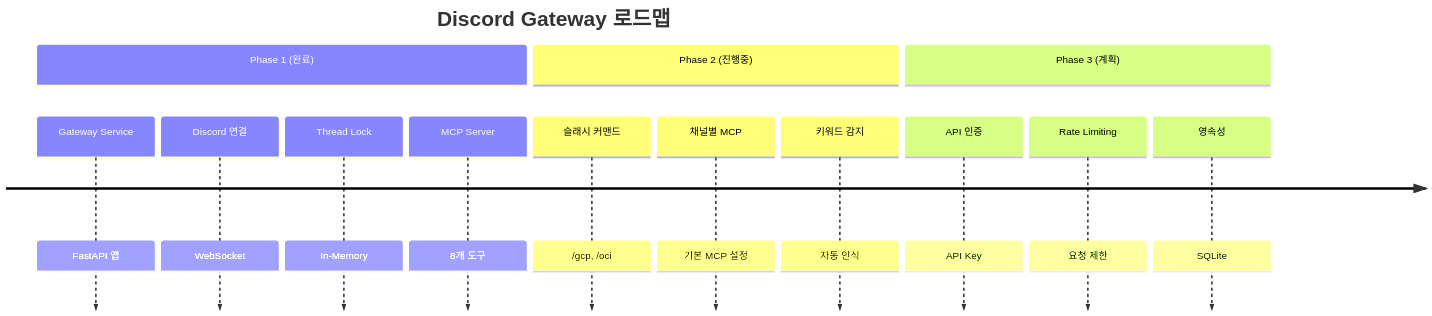
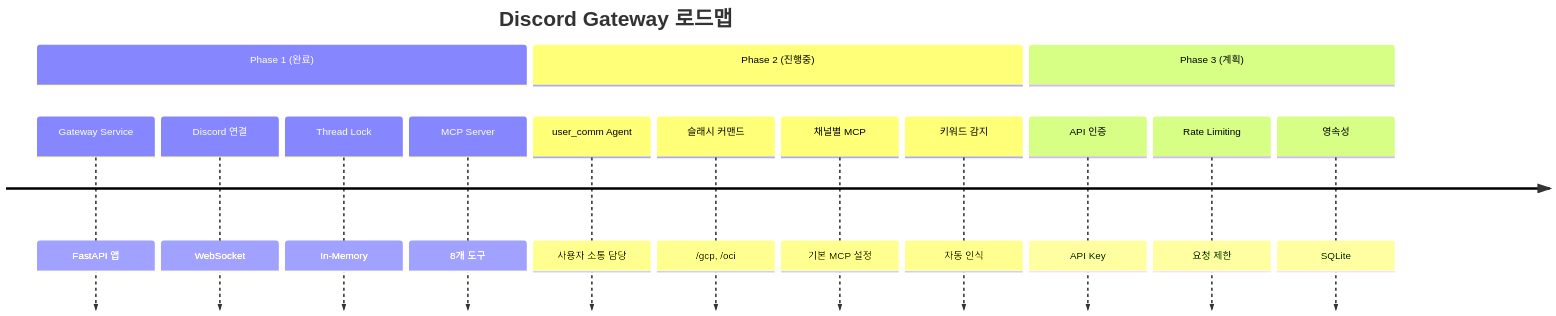
One commit to yarang/blogs changed the eighth of 8 diagrams in content/ko/post/2026-03-01-013-discord-gateway-mcp-아키텍처-설계.md. Above: the diagram before and after it, drawn with Mermaid. The commit also changed other lines of this file, not shown here.

````diff
--- a/content/ko/post/2026-03-01-013-discord-gateway-mcp-아키텍처-설계.md
+++ b/content/ko/post/2026-03-01-013-discord-gateway-mcp-아키텍처-설계.md
@@ -345,20 +445,21 @@
 ```mermaid
 timeline
     title Discord Gateway 로드맵
 
     section Phase 1 (완료)
         Gateway Service : FastAPI 앱
         Discord 연결 : WebSocket
         Thread Lock : In-Memory
         MCP Server : 8개 도구
 
     section Phase 2 (진행중)
+        user_comm Agent : 사용자 소통 담당
         슬래시 커맨드 : /gcp, /oci
         채널별 MCP : 기본 MCP 설정
         키워드 감지 : 자동 인식
 
     section Phase 3 (계획)
         API 인증 : API Key
         Rate Limiting : 요청 제한
         영속성 : SQLite
 ```
````
